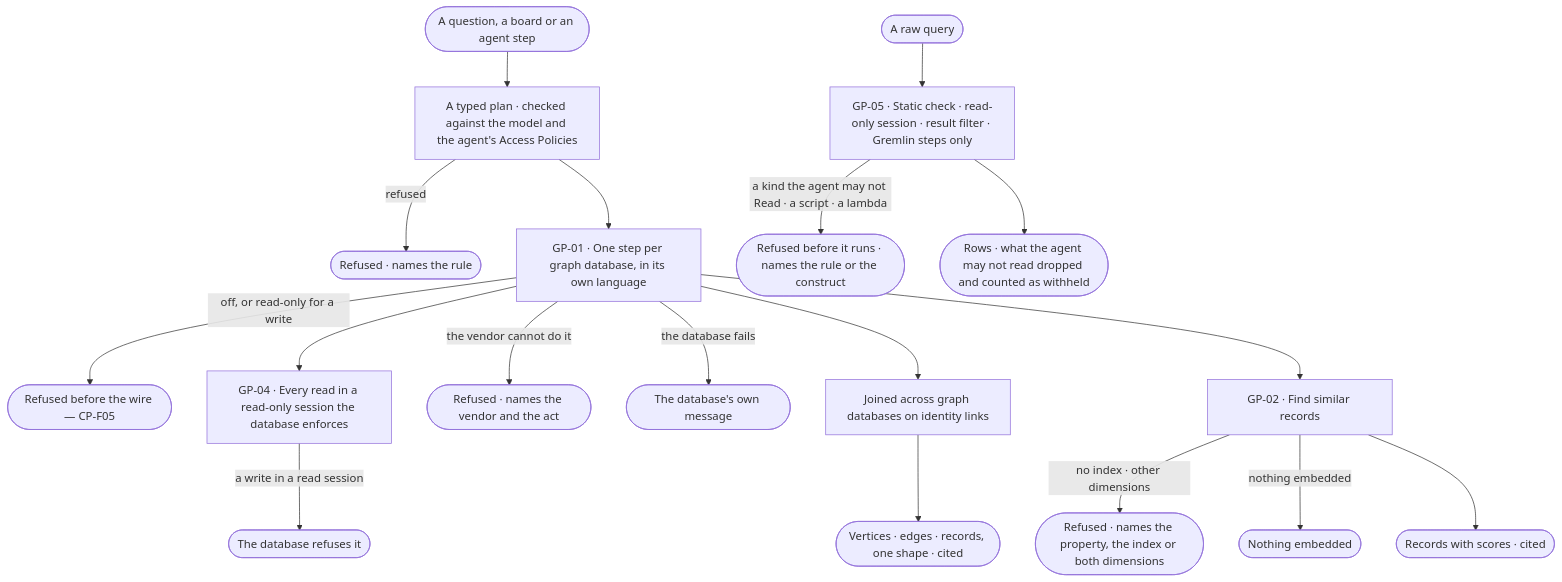
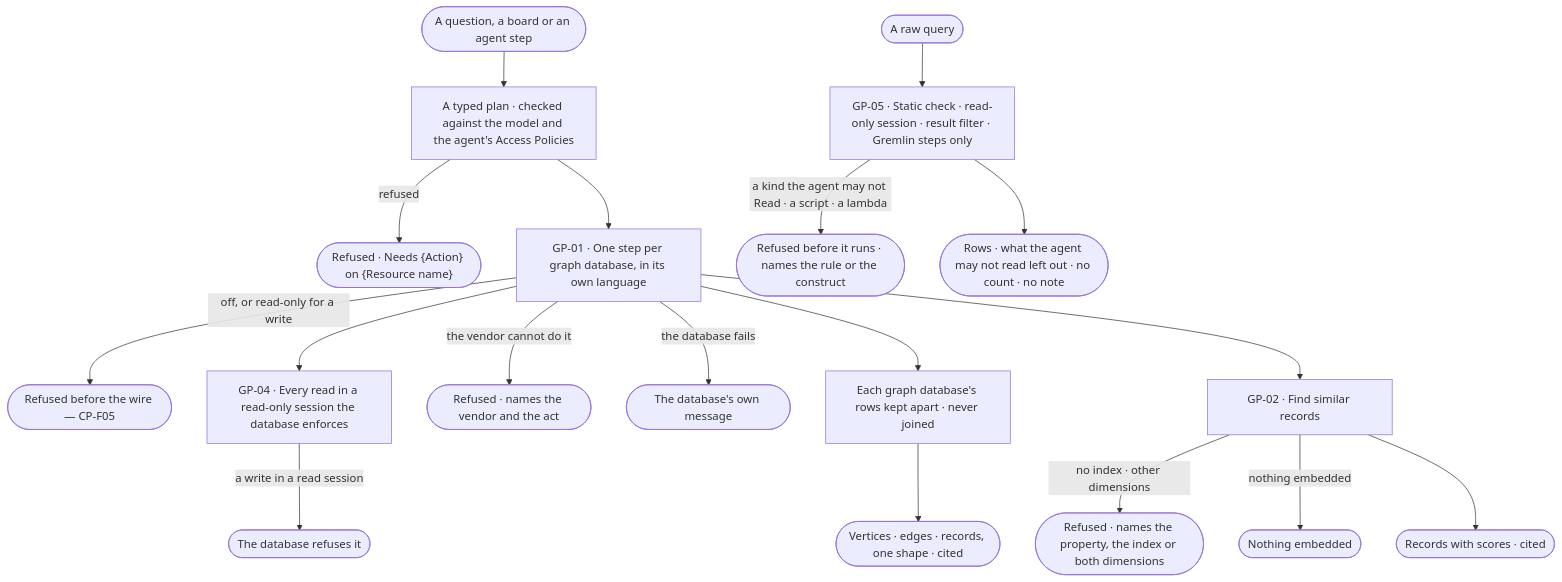
One commit to invana/invana changed the first of 2 diagrams in specs/os/graph/features/GP-F01-data/feature.md. Above: the diagram before and after it, drawn with Mermaid. The commit also changed other lines of this file and 456 other files, not shown here.

````diff
--- a/specs/os/graph/features/GP-F01-data/feature.md
+++ b/specs/os/graph/features/GP-F01-data/feature.md
@@ -26,20 +26,20 @@
 ```mermaid
 flowchart TD
   q([A question, a board or an agent step]) --> p["A typed plan · checked against the model and the agent's Access Policies"]
-  p -->|refused| r0(["Refused · names the rule"])
+  p -->|refused| r0(["Refused · Needs {Action} on {Resource name}"])
   p --> rw["GP-01 · One step per graph database, in its own language"]
   rw -->|off, or read-only for a write| cf(["Refused before the wire — CP-F05"])
   rw --> ro["GP-04 · Every read in a read-only session the database enforces"]
   ro -->|a write in a read session| rf(["The database refuses it"])
   rw -->|the vendor cannot do it| r2(["Refused · names the vendor and the act"])
   rw -->|the database fails| r3(["The database's own message"])
-  rw --> j["Joined across graph databases on identity links"]
+  rw --> j["Each graph database's rows kept apart · never joined"]
   j --> o(["Vertices · edges · records, one shape · cited"])
   rq([A raw query]) --> l["GP-05 · Static check · read-only session · result filter · Gremlin steps only"]
   l -->|a kind the agent may not Read · a script · a lambda| lr(["Refused before it runs · names the rule or the construct"])
-  l --> lo(["Rows · what the agent may not read dropped and counted as withheld"])
+  l --> lo(["Rows · what the agent may not read left out · no count · no note"])
   rw --> vs["GP-02 · Find similar records"]
   vs -->|no index · other dimensions| vr(["Refused · names the property, the index or both dimensions"])
   vs -->|nothing embedded| ne(["Nothing embedded"])
   vs --> vo(["Records with scores · cited"])
 ```
````
